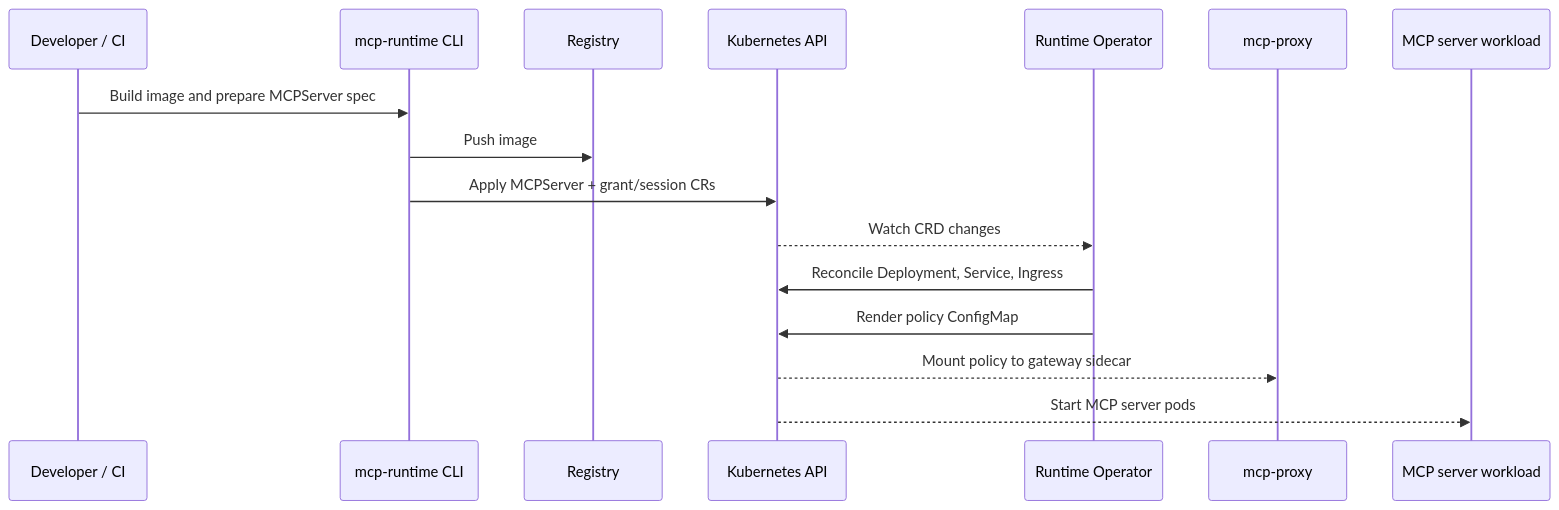
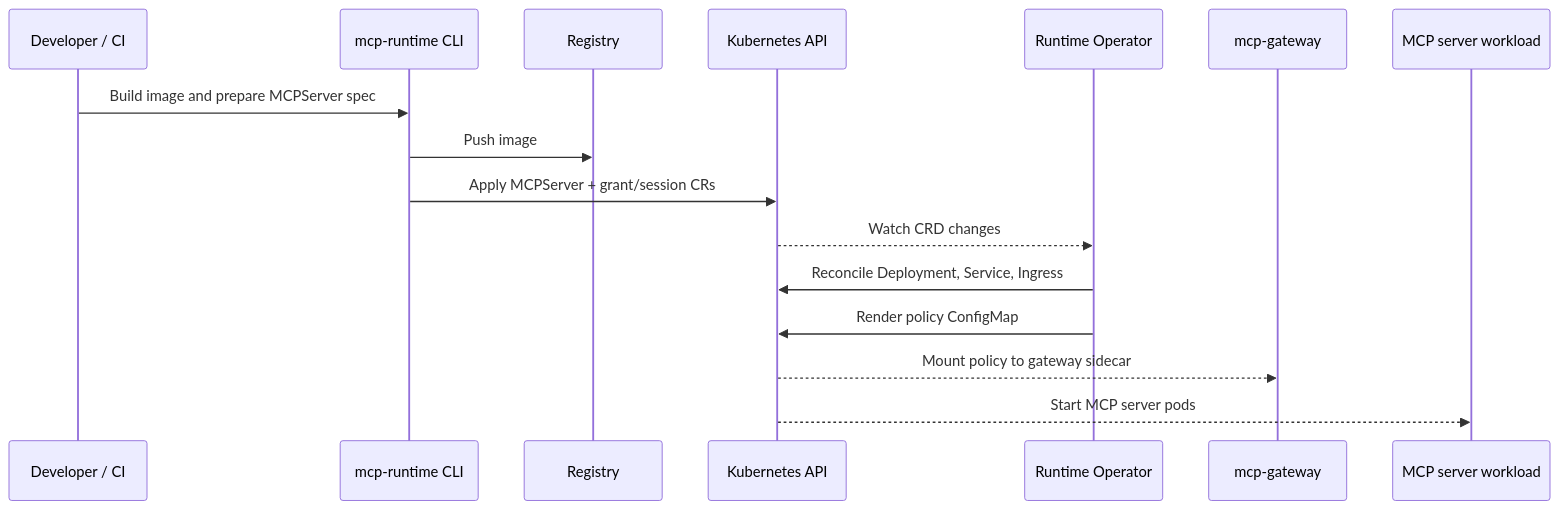
One commit to Agent-Hellboy/mcp-runtime changed the second of 5 diagrams in docs/architecture.md. Above: the diagram before and after it, drawn with Mermaid. The commit also changed other lines of this file and 43 other files, not shown here.

````diff
--- a/docs/architecture.md
+++ b/docs/architecture.md
@@ -71,19 +71,19 @@
 ```mermaid
 sequenceDiagram
     participant Dev as Developer / CI
     participant CLI as mcp-runtime CLI
     participant Registry as Registry
     participant K8s as Kubernetes API
     participant Operator as Runtime Operator
-    participant Proxy as mcp-proxy
+    participant Gateway as mcp-gateway
     participant Svc as MCP server workload
 
     Dev->>CLI: Build image and prepare MCPServer spec
     CLI->>Registry: Push image
     CLI->>K8s: Apply MCPServer + grant/session CRs
     K8s-->>Operator: Watch CRD changes
     Operator->>K8s: Reconcile Deployment, Service, Ingress
     Operator->>K8s: Render policy ConfigMap
-    K8s-->>Proxy: Mount policy to gateway sidecar
+    K8s-->>Gateway: Mount policy to gateway sidecar
     K8s-->>Svc: Start MCP server pods
 ```
````
